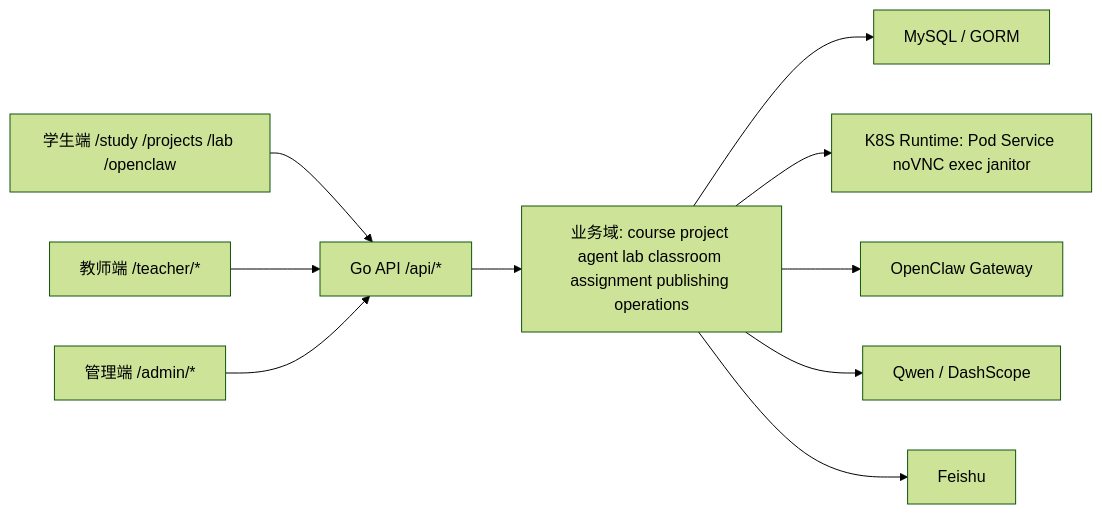
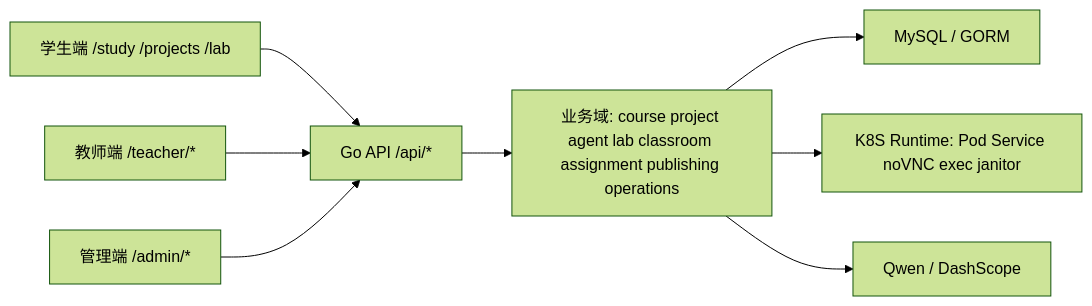
The diagram in README.md (sospink/ai-edu-agent), drawn with Mermaid (forest theme) before and after one commit. The commit also changed other lines of this file and 142 other files, not shown here.

Commit message:
refactor: retire OpenClaw module

````diff
--- a/README.md
+++ b/README.md
@@ -9,12 +9,10 @@
 ```mermaid
 flowchart LR
-  Student["学生端 /study /projects /lab /openclaw"] --> API["Go API /api/*"]
+  Student["学生端 /study /projects /lab"] --> API["Go API /api/*"]
   Teacher["教师端 /teacher/*"] --> API
   Admin["管理端 /admin/*"] --> API
   API --> Domain["业务域: course project agent lab classroom assignment publishing operations"]
   Domain --> DB["MySQL / GORM"]
   Domain --> K8S["K8S Runtime: Pod Service noVNC exec janitor"]
-  Domain --> OpenClaw["OpenClaw Gateway"]
   Domain --> AI["Qwen / DashScope"]
-  Domain --> Feishu["Feishu"]
 ```
````
